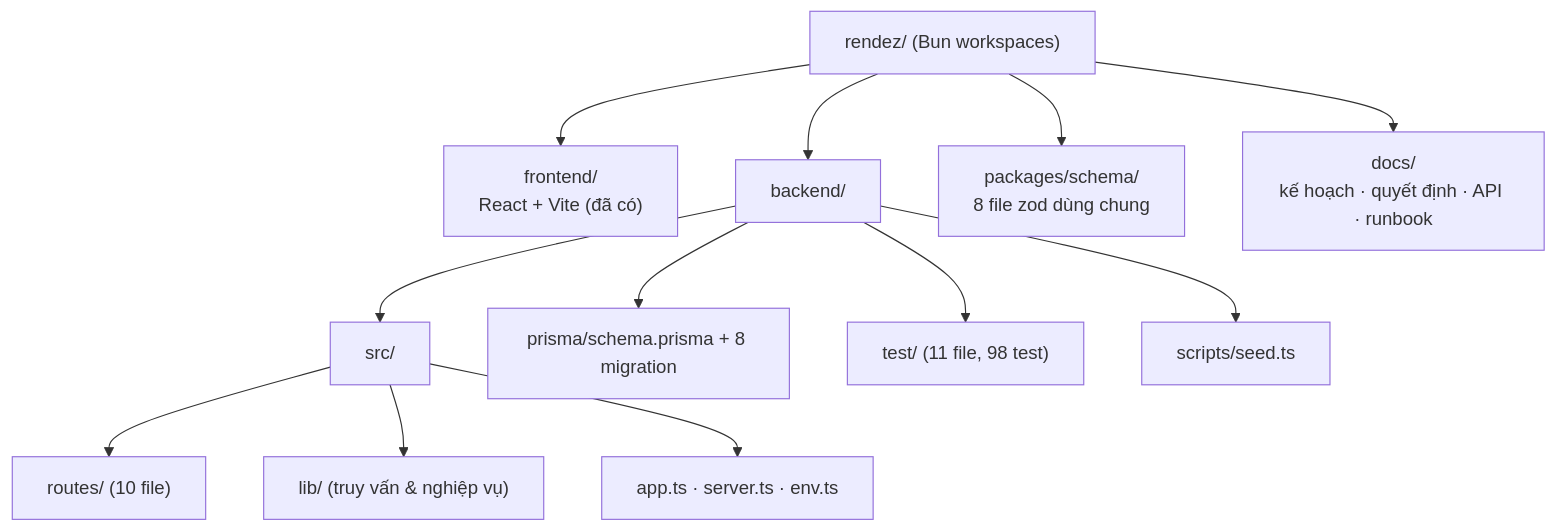
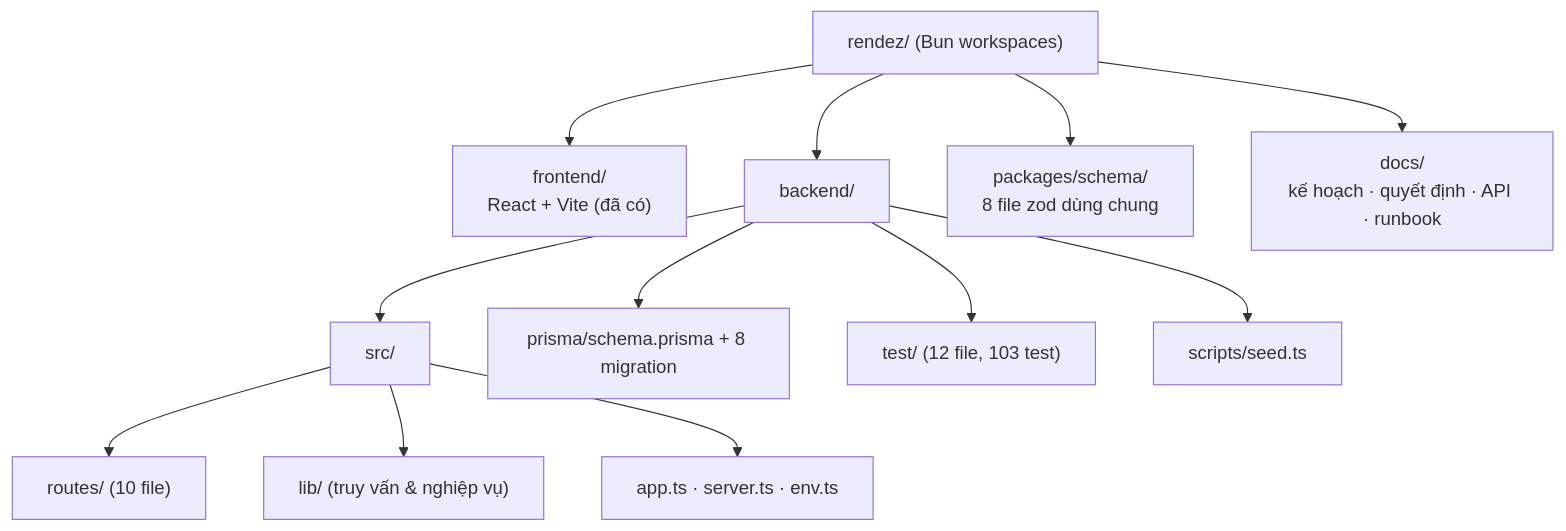
Before and after one commit to longqt321/Rendez-PBL6: the sixth of 14 diagrams in docs/bao-cao/BAO-CAO-DO-AN.md, drawn with Mermaid. The commit also changed other lines of this file and 3 other files, not shown here.

````diff
--- a/docs/bao-cao/BAO-CAO-DO-AN.md
+++ b/docs/bao-cao/BAO-CAO-DO-AN.md
@@ -439,15 +439,15 @@
 ```mermaid
 flowchart TB
   Root["rendez/ (Bun workspaces)"]
   Root --> FE["frontend/<br/>React + Vite (đã có)"]
   Root --> BE["backend/"]
   Root --> PKG["packages/schema/<br/>8 file zod dùng chung"]
   Root --> DOC["docs/<br/>kế hoạch · quyết định · API · runbook"]
   BE --> SRC["src/"]
   SRC --> R["routes/ (10 file)"]
   SRC --> L["lib/ (truy vấn & nghiệp vụ)"]
   SRC --> I["app.ts · server.ts · env.ts"]
   BE --> PR["prisma/schema.prisma + 8 migration"]
-  BE --> T["test/ (11 file, 98 test)"]
+  BE --> T["test/ (12 file, 103 test)"]
   BE --> SC["scripts/seed.ts"]
 ```
````
